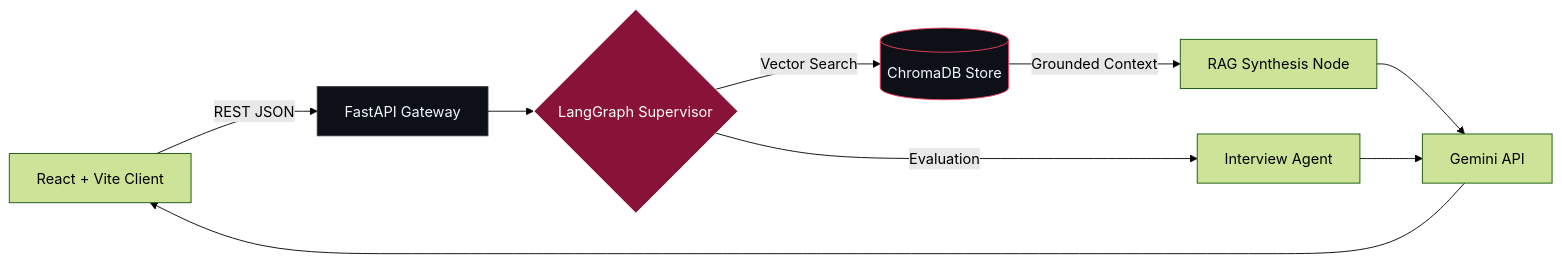
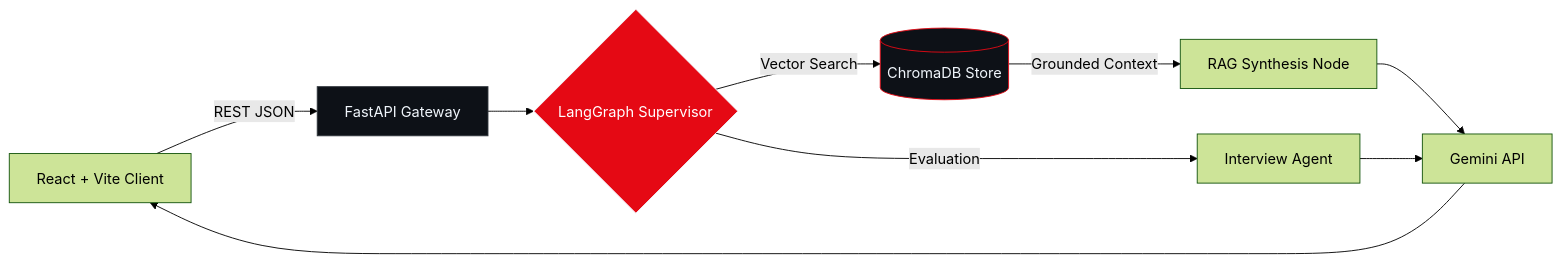
The diagram in README.md (harsh24239/harsh24239), drawn with Mermaid (forest theme) before and after one commit. The commit also changed other lines of this file, not shown here.

````diff
--- a/README.md
+++ b/README.md
@@ -93,14 +91,14 @@
 ```mermaid
 flowchart LR
     UI["React + Vite Client"] -->|REST JSON| API["FastAPI Gateway"]
     API --> SUP{"LangGraph Supervisor"}
     SUP -->|Vector Search| VDB[("ChromaDB Store")]
     VDB -->|Grounded Context| RAG["RAG Synthesis Node"]
     SUP -->|Evaluation| INT["Interview Agent"]
     RAG --> LLM["Gemini API"]
     INT --> LLM
     LLM --> UI
-    style SUP fill:#881337,stroke:#F0F6FC,color:#FFFFFF
+    style SUP fill:#E50914,stroke:#F0F6FC,color:#FFFFFF
     style API fill:#0D1117,stroke:#30363D,color:#F0F6FC
-    style VDB fill:#0D1117,stroke:#F43F5E,color:#F0F6FC
+    style VDB fill:#0D1117,stroke:#E50914,color:#F0F6FC
 ```
````
